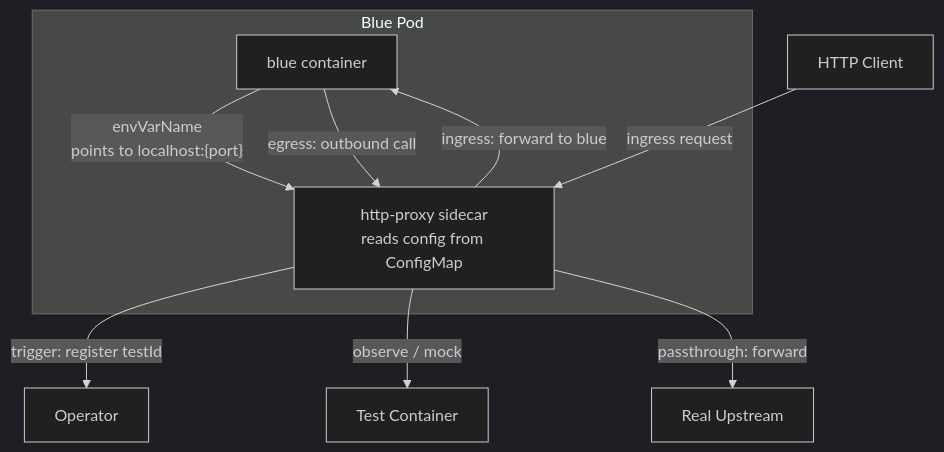
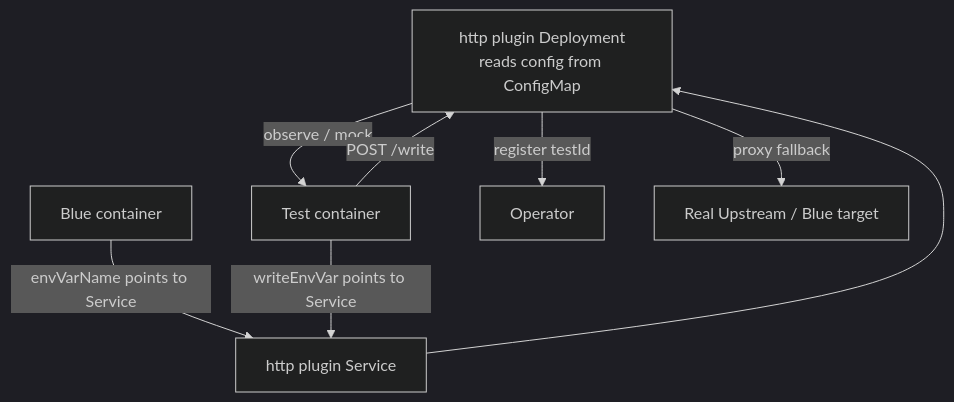
The sixth of 12 diagrams in ARCHITECTURE.md (dlahmad/fluidbgoperator), drawn with Mermaid (dark theme) before and after one commit. The commit also changed other lines of this file and 40 other files, not shown here.

````diff
--- a/ARCHITECTURE.md
+++ b/ARCHITECTURE.md
@@ -332,15 +326,15 @@
 ```mermaid
 flowchart TD
-    subgraph BP["Blue Pod"]
-        BC["blue container"]
-        PXY["http-proxy sidecar<br/>reads config from ConfigMap"]
-        BC -->|"envVarName<br/>points to localhost:{port}"| PXY
-    end
+    HP["http plugin Deployment<br/>reads config from ConfigMap"]
+    SVC["http plugin Service"]
+    B["Blue container"]
+    T["Test container"]
 
-    SRC["HTTP Client"] -->|"ingress request"| PXY
-    PXY -->|"ingress: forward to blue"| BC
-    BC -->|"egress: outbound call"| PXY
-    PXY -->|"trigger: register testId"| OP["Operator"]
-    PXY -->|"observe / mock"| TC["Test Container"]
-    PXY -->|"passthrough: forward"| REAL["Real Upstream"]
+    B -->|"envVarName points to Service"| SVC
+    T -->|"writeEnvVar points to Service"| SVC
+    SVC --> HP
+    HP -->|"register testId"| OP["Operator"]
+    HP -->|"observe / mock"| T
+    HP -->|"proxy fallback"| REAL["Real Upstream / Blue target"]
+    T -->|"POST /write"| HP
 ```
````
